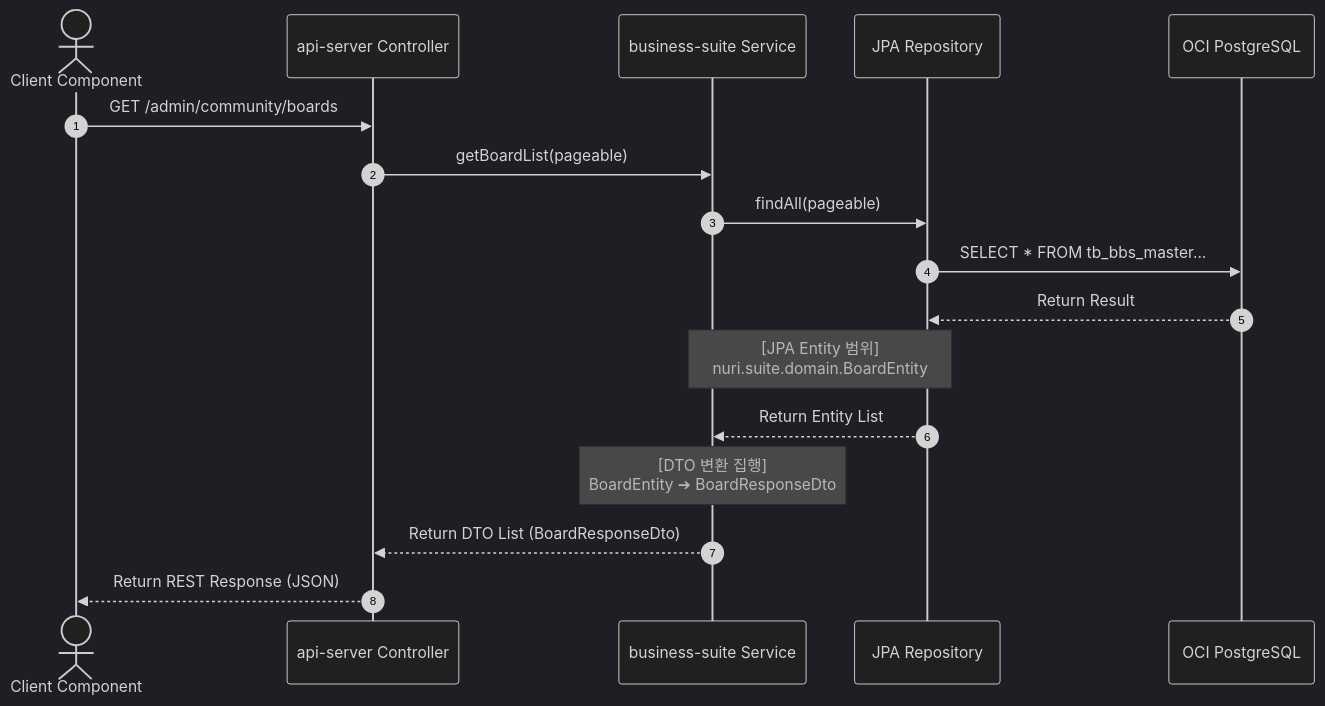
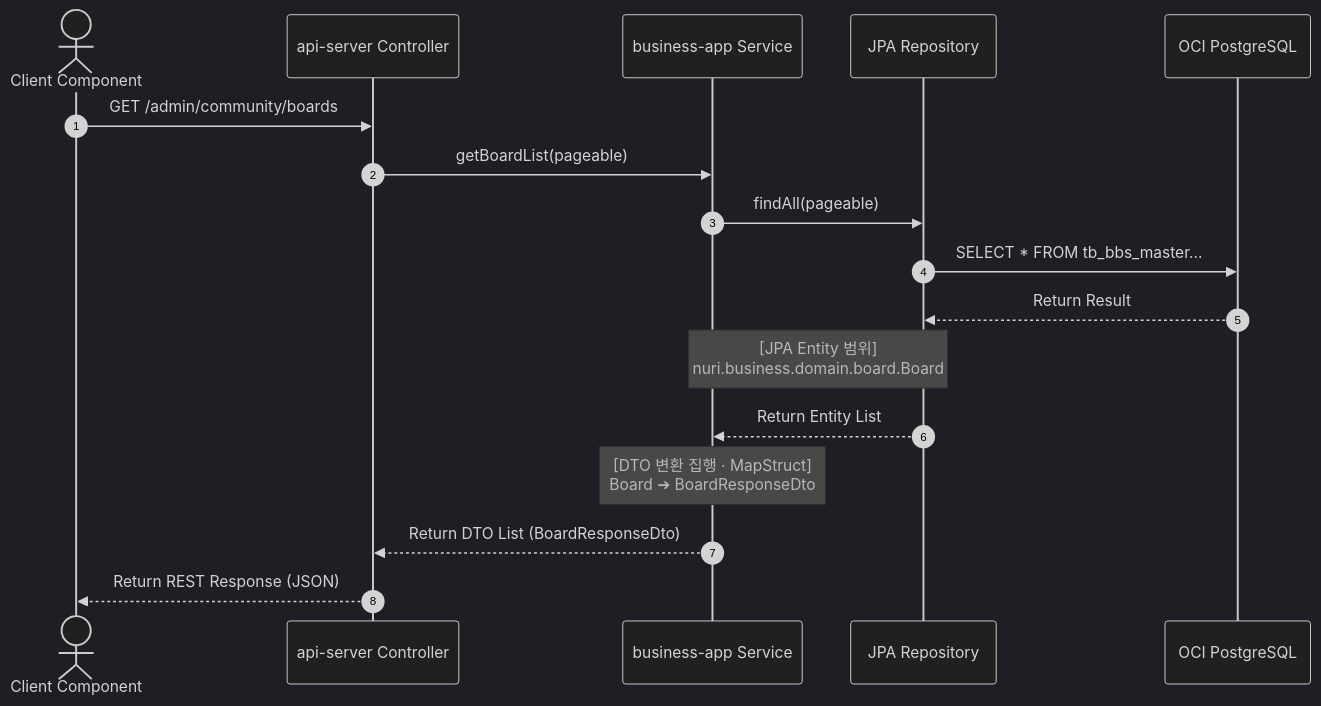
Before and after one commit to lkindo/egov-enterprise: the second of 2 diagrams in docs/02-architecture/backend-architecture.md, drawn with Mermaid (dark theme). The commit also changed other lines of this file and 10 other files, not shown here.

````diff
--- a/docs/02-architecture/backend-architecture.md
+++ b/docs/02-architecture/backend-architecture.md
@@ -44,20 +50,20 @@
 ```mermaid
 sequenceDiagram
     autonumber
     actor Client as Client Component
     participant Ctrl as api-server Controller
-    participant Svc as business-suite Service
+    participant Svc as business-app Service
     participant Repo as JPA Repository
     participant DB as OCI PostgreSQL
 
     Client->>Ctrl: GET /admin/community/boards
     Ctrl->>Svc: getBoardList(pageable)
     Svc->>Repo: findAll(pageable)
     Repo->>DB: SELECT * FROM tb_bbs_master...
     DB-->>Repo: Return Result
-    Note over Svc,Repo: [JPA Entity 범위]<br>nuri.suite.domain.BoardEntity
+    Note over Svc,Repo: [JPA Entity 범위]<br>nuri.business.domain.board.Board
     Repo-->>Svc: Return Entity List
-    Note over Svc: [DTO 변환 집행]<br>BoardEntity ➔ BoardResponseDto
+    Note over Svc: [DTO 변환 집행 · MapStruct]<br>Board ➔ BoardResponseDto
     Svc-->>Ctrl: Return DTO List (BoardResponseDto)
     Ctrl-->>Client: Return REST Response (JSON)
 ```
````
